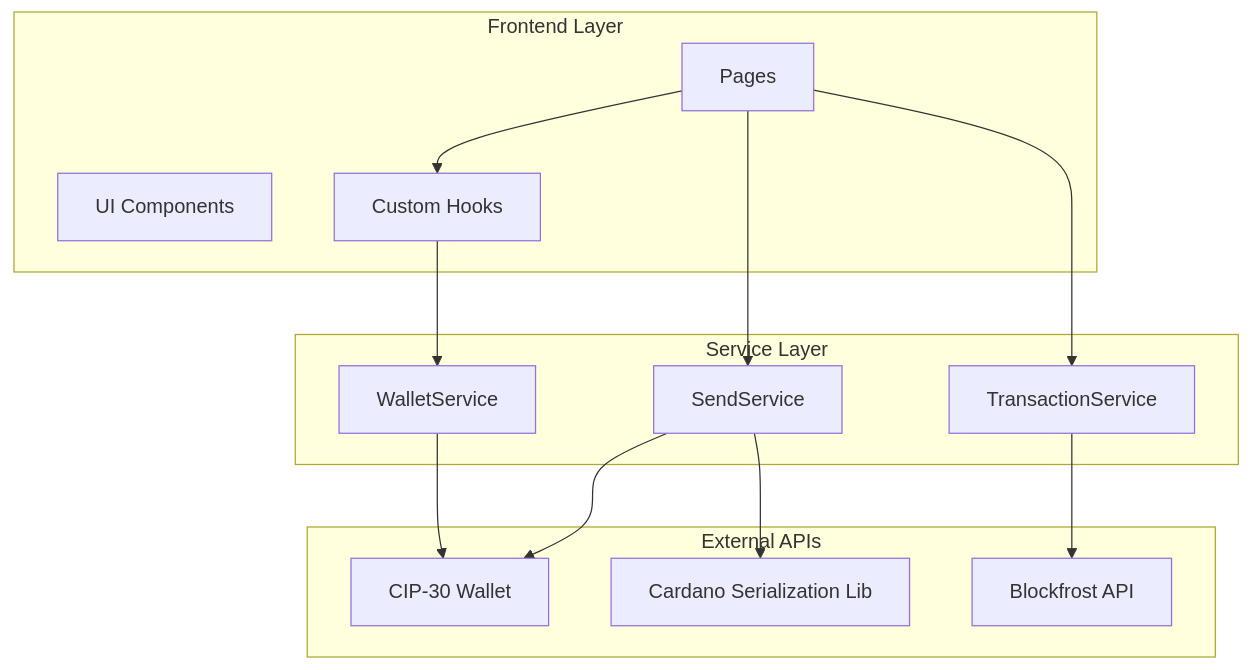
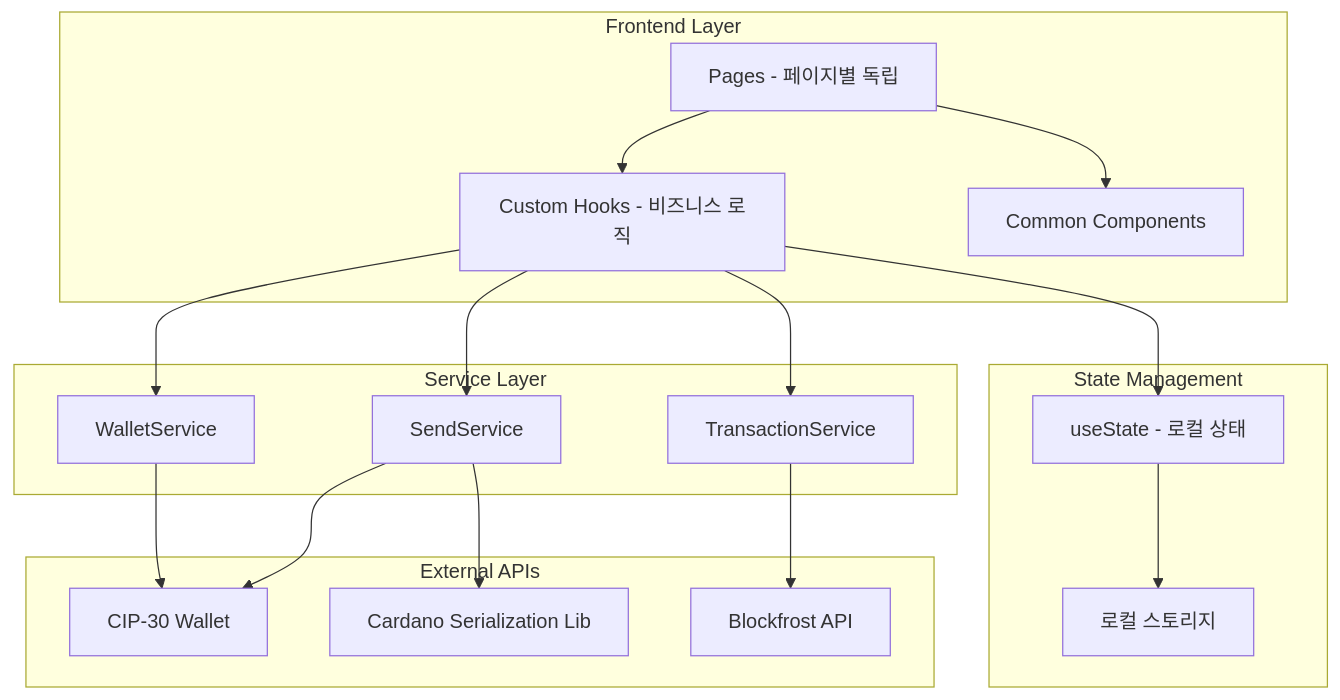
One commit to HyeonHo-Park/cardano-basic-dapp-1 changed the diagram in docs/service-architecture.md. Above: the diagram before and after it, drawn with Mermaid. The commit also changed other lines of this file and 30 other files, not shown here.

````diff
--- a/docs/service-architecture.md
+++ b/docs/service-architecture.md
@@ -5,30 +5,39 @@
 ```mermaid
 graph TB
     subgraph "Frontend Layer"
-        UI[UI Components]
-        Pages[Pages]
-        Hooks[Custom Hooks]
+        Pages[Pages - 페이지별 독립]
+        Components[Common Components]
+        Hooks[Custom Hooks - 비즈니스 로직]
     end
 
     subgraph "Service Layer"
         WS[WalletService]
         SS[SendService]
         TS[TransactionService]
+    end
+
+    subgraph "State Management"
+        UseState[useState - 로컬 상태]
+        LocalStorage[로컬 스토리지]
     end
 
     subgraph "External APIs"
         Wallet[CIP-30 Wallet]
         Blockfrost[Blockfrost API]
         CSL[Cardano Serialization Lib]
     end
 
     Pages --> Hooks
+    Pages --> Components
     Hooks --> WS
-    Pages --> SS
-    Pages --> TS
+    Hooks --> SS
+    Hooks --> TS
+    Hooks --> UseState
 
     WS --> Wallet
     SS --> Wallet
     SS --> CSL
     TS --> Blockfrost
+
+    UseState --> LocalStorage
 ```
````
